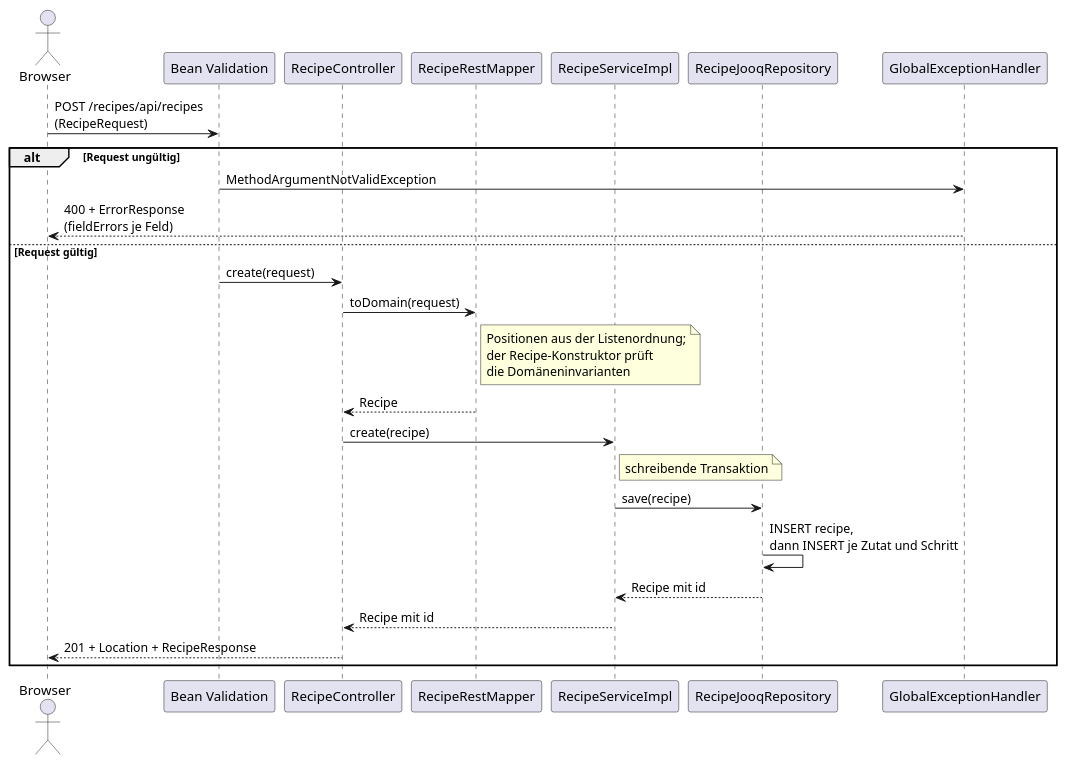
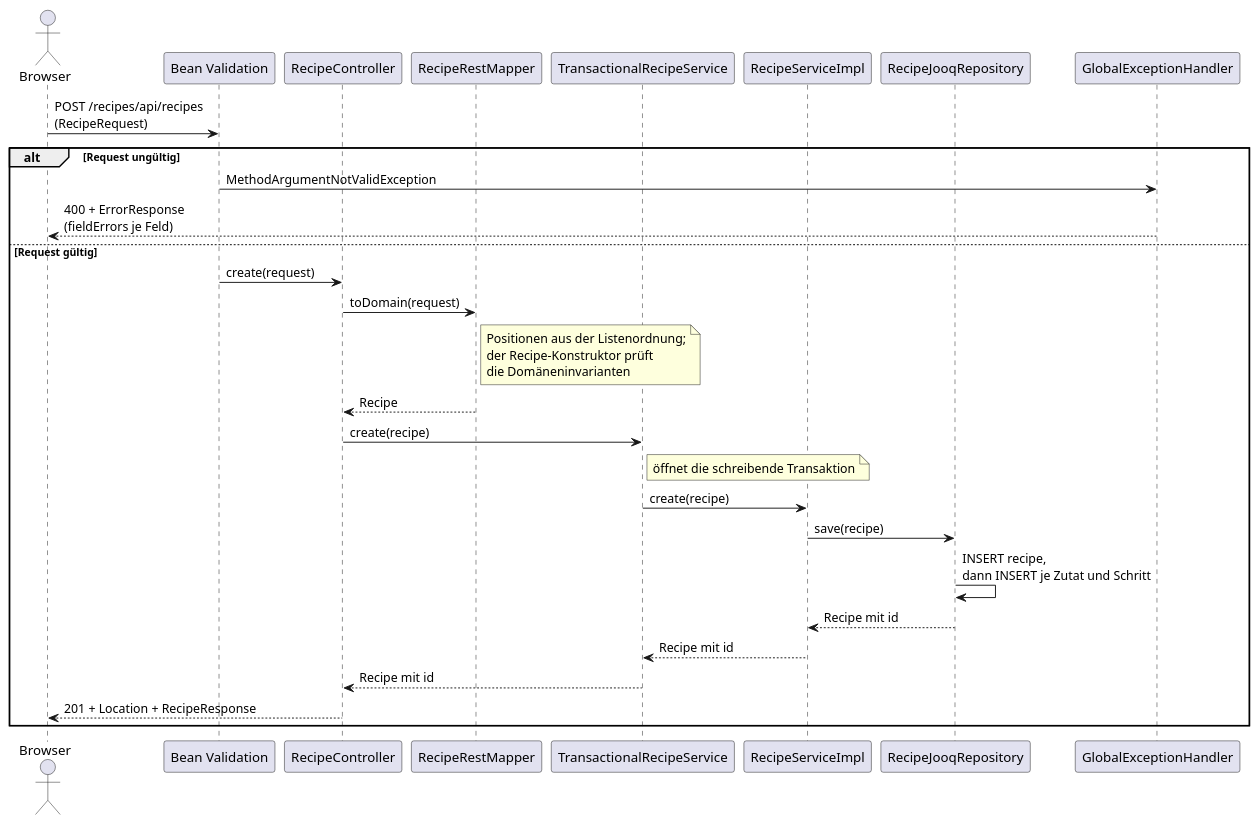
Before and after one commit to Keymaster65/hello-ai: the third of 3 diagrams in docs/system/schichten.adoc, drawn with PlantUML. The commit also changed other lines of this file and 16 other files, not shown here.

```diff
--- a/docs/system/schichten.adoc
+++ b/docs/system/schichten.adoc
@@ -278,33 +294,36 @@
 [plantuml,ablauf-anlegen,svg]
 ....
 @startuml
 !pragma layout smetana
 skinparam shadowing false
 
 actor Browser
 participant "Bean Validation" as validation
 participant "RecipeController" as controller
 participant "RecipeRestMapper" as mapper
+participant "TransactionalRecipeService" as tx
 participant "RecipeServiceImpl" as service
 participant "RecipeJooqRepository" as repository
 participant "GlobalExceptionHandler" as handler
 
 Browser -> validation : POST /recipes/api/recipes\n(RecipeRequest)
 alt Request ungültig
   validation -> handler : MethodArgumentNotValidException
   handler --> Browser : 400 + ErrorResponse\n(fieldErrors je Feld)
 else Request gültig
   validation -> controller : create(request)
   controller -> mapper : toDomain(request)
   note right of mapper : Positionen aus der Listenordnung;\nder Recipe-Konstruktor prüft\ndie Domäneninvarianten
   mapper --> controller : Recipe
-  controller -> service : create(recipe)
-  note right of service : schreibende Transaktion
+  controller -> tx : create(recipe)
+  note right of tx : öffnet die schreibende Transaktion
+  tx -> service : create(recipe)
   service -> repository : save(recipe)
   repository -> repository : INSERT recipe,\ndann INSERT je Zutat und Schritt
   repository --> service : Recipe mit id
-  service --> controller : Recipe mit id
+  service --> tx : Recipe mit id
+  tx --> controller : Recipe mit id
   controller --> Browser : 201 + Location + RecipeResponse
 end
 @enduml
 ....
```
